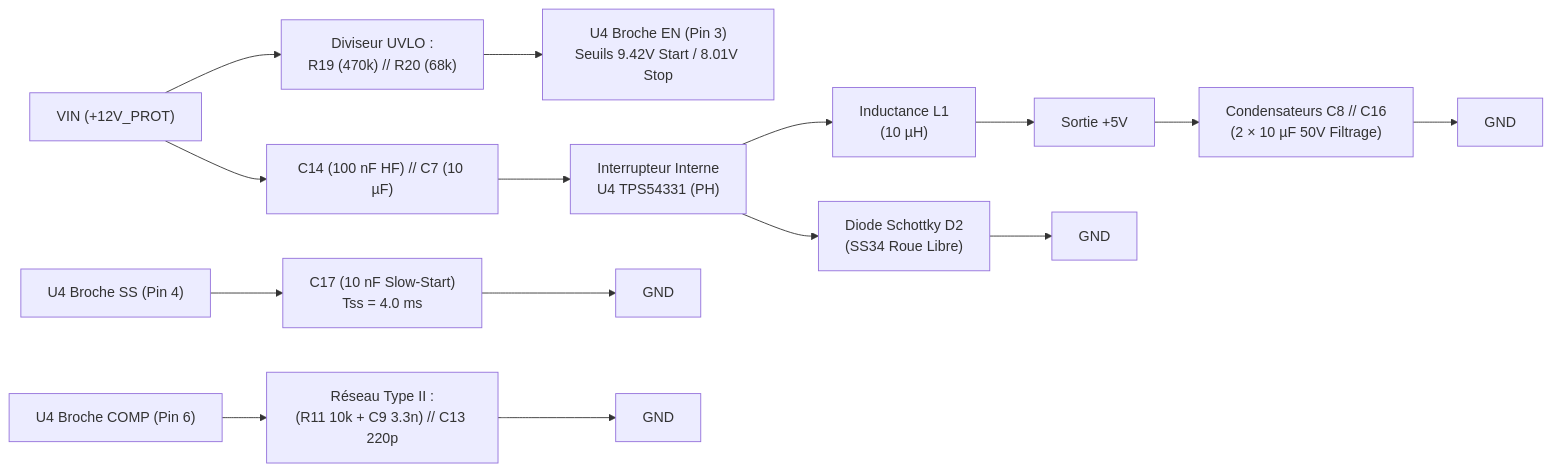
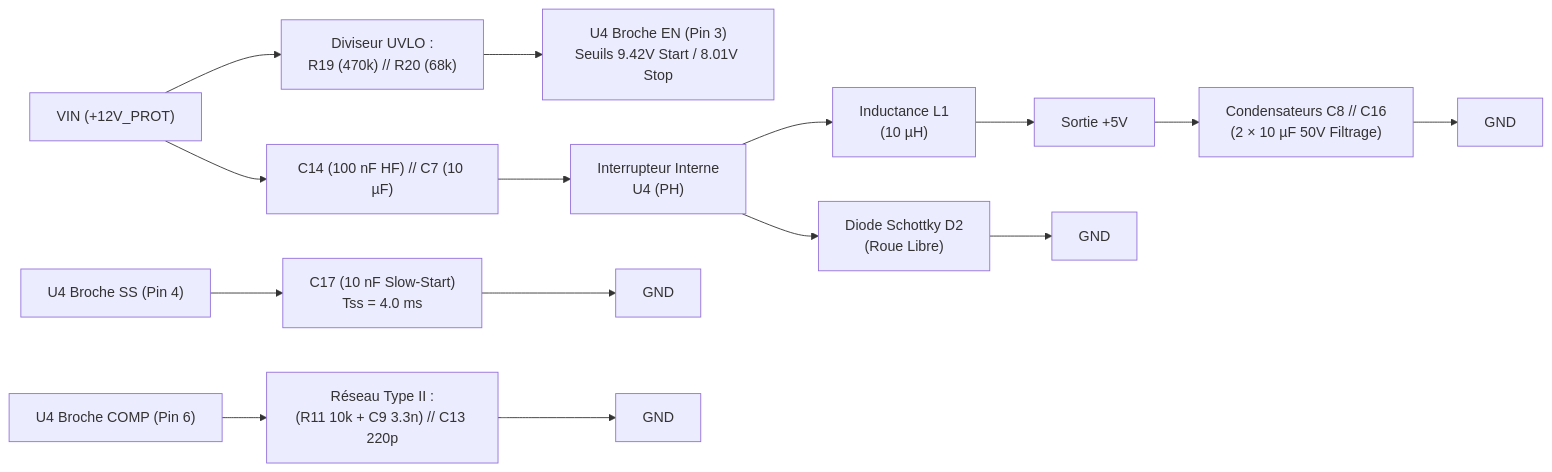
Before and after one commit to nitrogene/OBD2: the third of 13 diagrams in documents/hardware.md, drawn with Mermaid. The commit also changed other lines of this file and 6 other files, not shown here.

````diff
--- a/documents/hardware.md
+++ b/documents/hardware.md
@@ -151,22 +151,22 @@
 ```mermaid
 %%{init: {
   'themeVariables': {
     'fontFamily': 'Consolas, "Courier New", monospace',
     'fontSize': '12px'
   },
   'flowchart': {
     'curve': 'stepBefore',
     'nodeSpacing': 20,
     'rankSpacing': 30
   }
 }}%%
 flowchart LR
     VIN["VIN (+12V_PROT)"] --> C14["C14 (100 nF HF) // C7 (10 µF)"]
     VIN --> UVLO["Diviseur UVLO :\nR19 (470k) // R20 (68k)"] --> U4_EN["U4 Broche EN (Pin 3)\nSeuils 9.42V Start / 8.01V Stop"]
-    C14 --> U4_SW["Interrupteur Interne\nU4 TPS54331 (PH)"]
+    C14 --> U4_SW["Interrupteur Interne\nU4 (PH)"]
     U4_SW --> L1["Inductance L1\n(10 µH)"] --> VOUT["Sortie +5V"]
-    U4_SW --> D2["Diode Schottky D2\n(SS34 Roue Libre)"] --> GND1["GND"]
+    U4_SW --> D2["Diode Schottky D2\n(Roue Libre)"] --> GND1["GND"]
     VOUT --> C8_C16["Condensateurs C8 // C16\n(2 × 10 µF 50V Filtrage)"] --> GND2["GND"]
     U4_SS["U4 Broche SS (Pin 4)"] --> C17["C17 (10 nF Slow-Start)\nTss = 4.0 ms"] --> GND4["GND"]
     U4_COMP["U4 Broche COMP (Pin 6)"] --> COMP_NET["Réseau Type II :\n(R11 10k + C9 3.3n) // C13 220p"] --> GND3["GND"]
 ```
````
